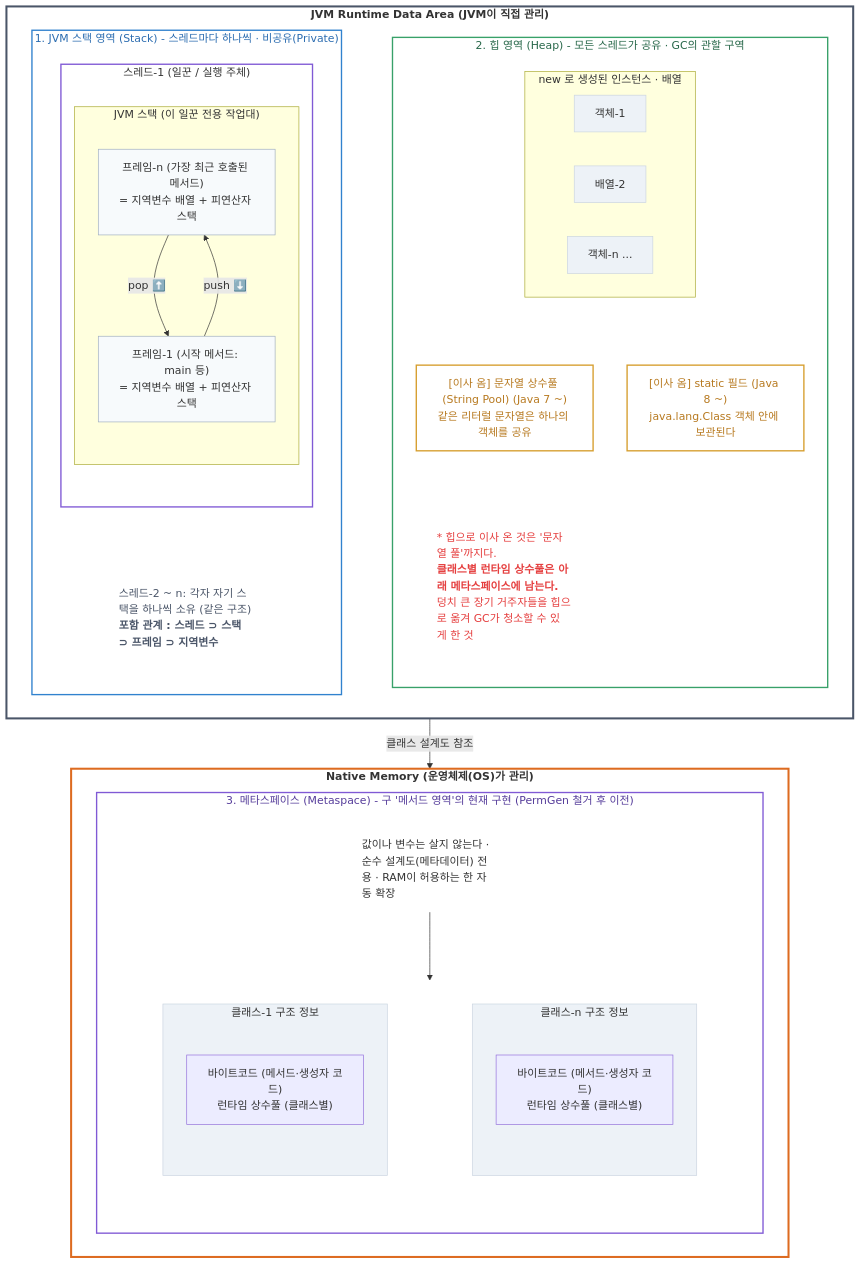
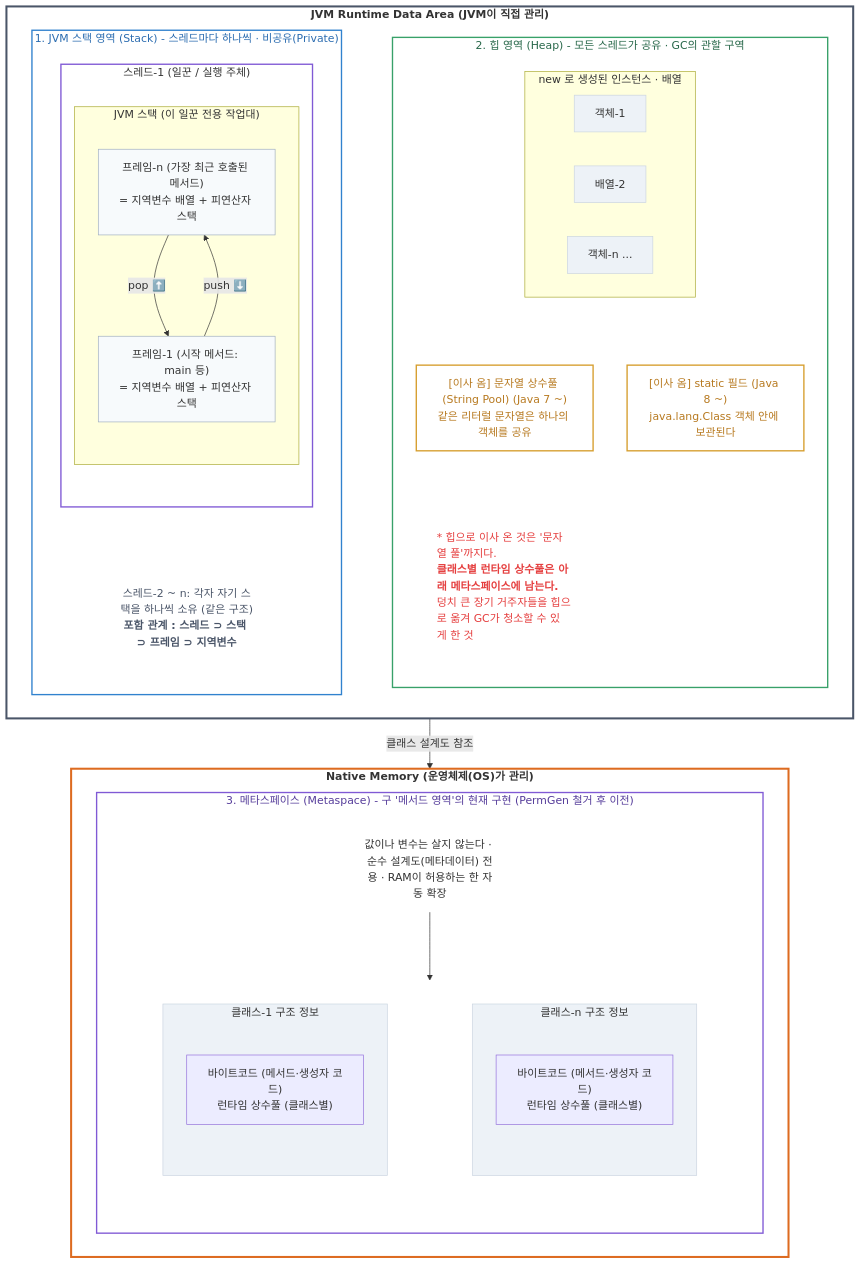
The second of 8 diagrams in _posts/2026-07-11-java-reference-type-study-1.md (sungjin-dev/sungjin-dev.github.io), drawn with Mermaid before and after one commit.

````diff
--- a/_posts/2026-07-11-java-reference-type-study-1.md
+++ b/_posts/2026-07-11-java-reference-type-study-1.md
@@ -115,7 +115,7 @@
             direction TD
             MS_TEXT["값이나 변수는 살지 않는다 · 순수 설계도(메타데이터) 전용 · RAM이 허용하는 한 자동 확장"]
             
-            %% 💡 클래스 박스 간 완벽한 좌우 정렬을 위한 락 구조
+            %% 클래스 박스 간 완벽한 좌우 정렬을 위한 락 구조
             subgraph CLASS_INFOS [" "]
                 direction LR
                 subgraph CL1 ["클래스-1 구조 정보"]
@@ -170,11 +170,11 @@
     class CLASS_INFOS moved_group;
     class CL1,CLN obj_box;
 
-    %% 텍스트 라벨 투명화 및 정돈
-    style STACK_TEXT fill:none,stroke:none,text-align:left,color:#4a5568;
+    %% 💡 텍스트 라벨 투명화 및 정돈 (center 정렬로 완벽 패치)
+    style STACK_TEXT fill:none,stroke:none,text-align:center,color:#4a5568;
     style HEAP_TEXT fill:none,stroke:none,text-align:left,color:#e53e3e;
-    style MS_TEXT fill:none,stroke:none,text-align:left;
+    style MS_TEXT fill:none,stroke:none,text-align:center;
     
-    %% 밀착용 및 정렬용 투명 연결선 숨기기 프로퍼티 (6번 인덱스 추가)
+    %% 밀착용 및 정렬용 투명 연결선 숨기기 프로퍼티
     linkStyle 2,3,4,5,6,7 stroke:none,stroke-width:0px;
 ```
````
